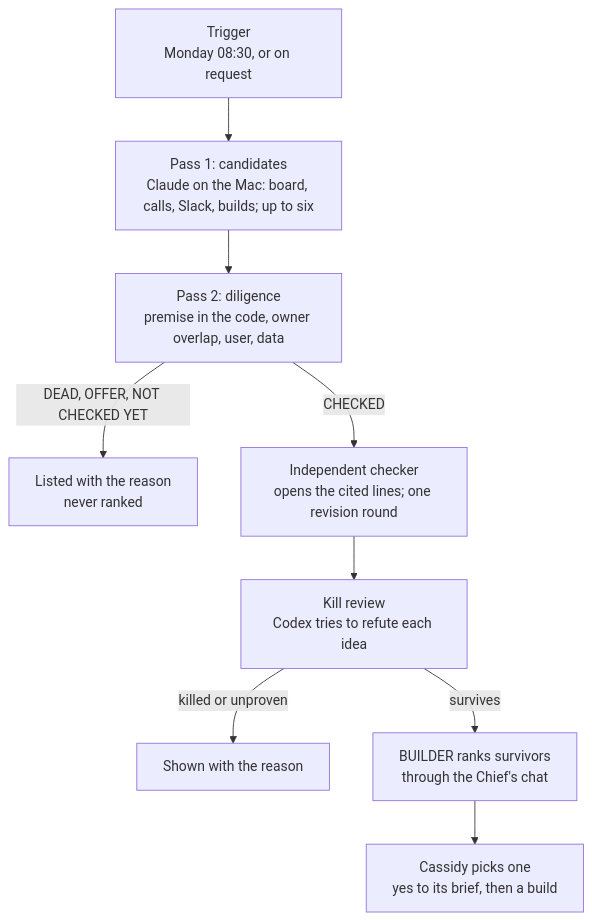
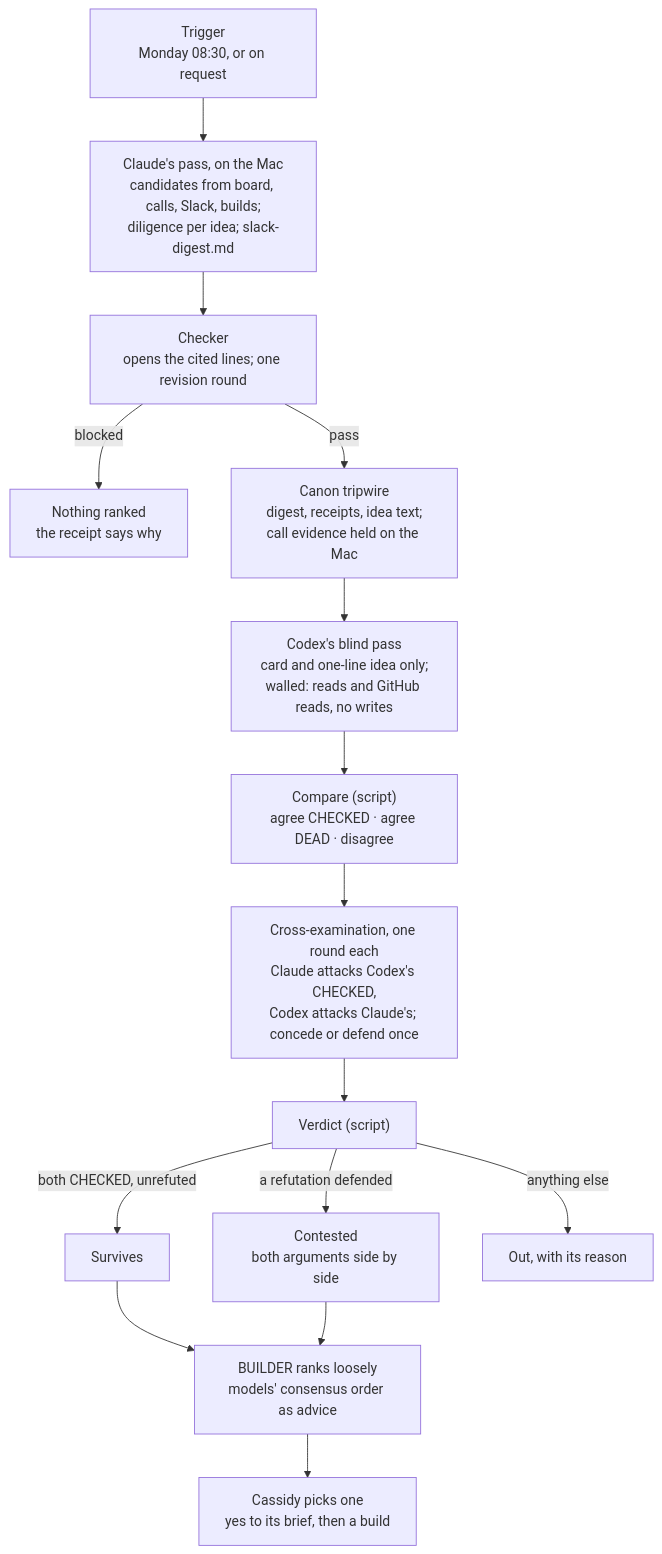
The diagram in README.md (cassidythilton/cos-kit), drawn with Mermaid before and after one commit. The commit also changed other lines of this file and 4 other files, not shown here.

First line of the commit message:
Two-model diligence: docs, proof-run numbers, and the concession shown as the reason

````diff
--- a/README.md
+++ b/README.md
@@ -222,11 +224,17 @@
 ```mermaid
 flowchart TD
-  T["Trigger<br/>Monday 08:30, or on request"] --> P1["Pass 1: candidates<br/>Claude on the Mac: board, calls, Slack, builds; up to six"]
-  P1 --> P2["Pass 2: diligence<br/>premise in the code, owner overlap, user, data"]
-  P2 -->|DEAD, OFFER, NOT CHECKED YET| S1["Listed with the reason<br/>never ranked"]
-  P2 -->|CHECKED| C["Independent checker<br/>opens the cited lines; one revision round"]
-  C --> K["Kill review<br/>Codex tries to refute each idea"]
-  K -->|killed or unproven| S2["Shown with the reason"]
-  K -->|survives| B["BUILDER ranks survivors<br/>through the Chief's chat"]
+  T["Trigger<br/>Monday 08:30, or on request"] --> P1["Claude's pass, on the Mac<br/>candidates from board, calls, Slack, builds;<br/>diligence per idea; slack-digest.md"]
+  P1 --> C["Checker<br/>opens the cited lines; one revision round"]
+  C -->|blocked| X["Nothing ranked<br/>the receipt says why"]
+  C -->|pass| W["Canon tripwire<br/>digest, receipts, idea text;<br/>call evidence held on the Mac"]
+  W --> P2["Codex's blind pass<br/>card and one-line idea only;<br/>walled: reads and GitHub reads, no writes"]
+  P2 --> CMP["Compare (script)<br/>agree CHECKED · agree DEAD · disagree"]
+  CMP --> XA["Cross-examination, one round each<br/>Claude attacks Codex's CHECKED,<br/>Codex attacks Claude's; concede or defend once"]
+  XA --> V["Verdict (script)"]
+  V -->|both CHECKED, unrefuted| S["Survives"]
+  V -->|a refutation defended| CT["Contested<br/>both arguments side by side"]
+  V -->|anything else| O["Out, with its reason"]
+  S --> B["BUILDER ranks loosely<br/>models' consensus order as advice"]
+  CT --> B
   B --> Y["Cassidy picks one<br/>yes to its brief, then a build"]
 ```
````
